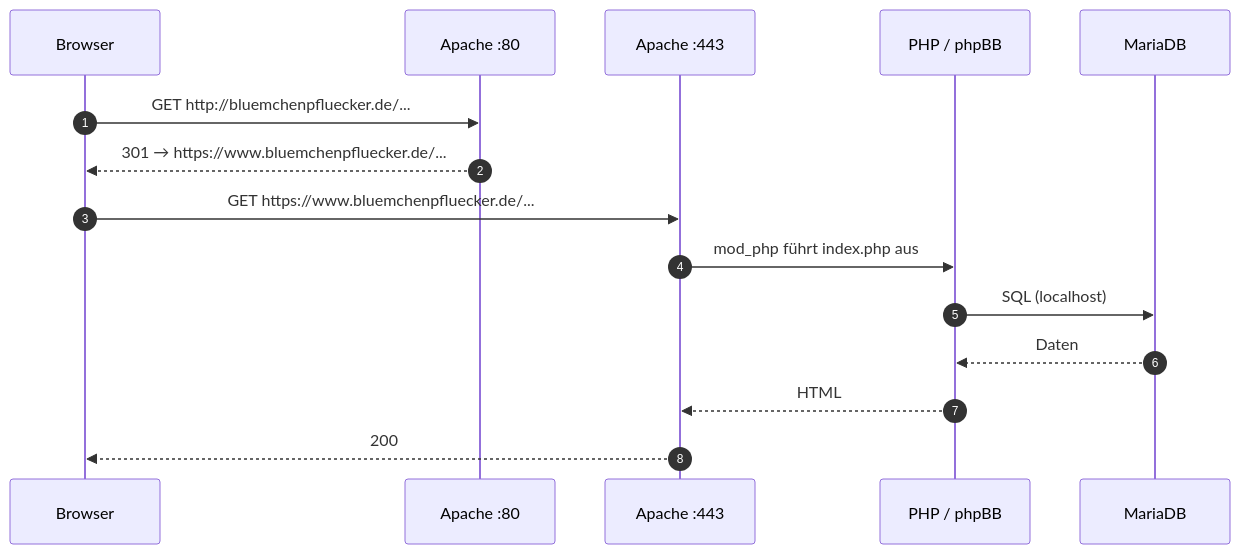
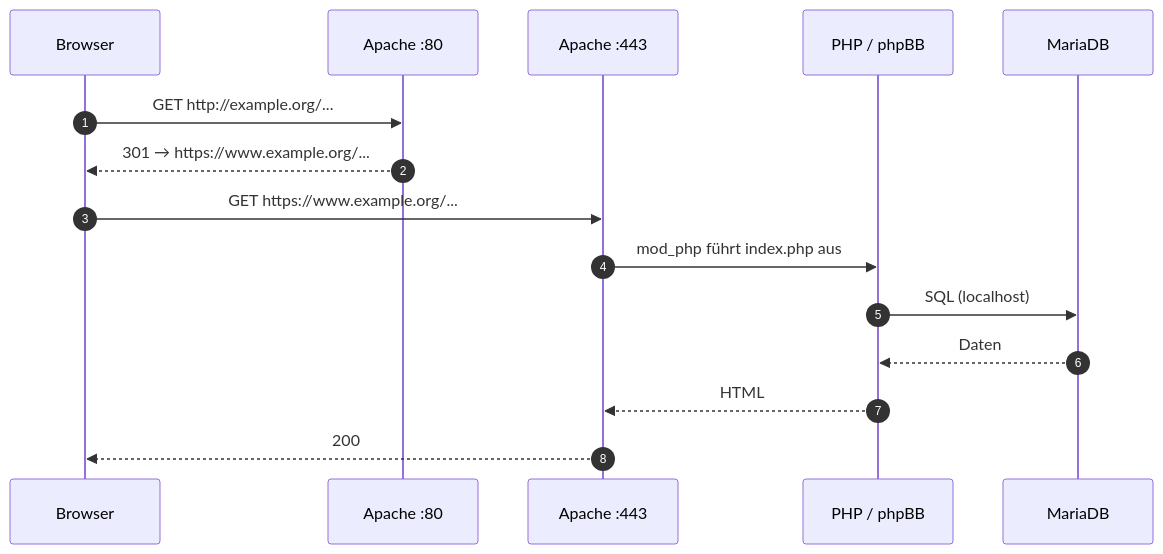
Before and after one commit to AnThi2022/bp-server-doku-public: the third of 6 diagrams in docs/01-architektur.md, drawn with Mermaid. The commit also changed other lines of this file and 6 other files, not shown here.

Commit message:
Domain durch Platzhalter example.org/example.com ersetzt

````diff
--- a/docs/01-architektur.md
+++ b/docs/01-architektur.md
@@ -60,18 +60,18 @@
 ```mermaid
 sequenceDiagram
     autonumber
     participant B as Browser
     participant A as Apache :80
     participant S as Apache :443
     participant P as PHP / phpBB
     participant D as MariaDB
 
-    B->>A: GET http://bluemchenpfluecker.de/...
-    A-->>B: 301 → https://www.bluemchenpfluecker.de/...
-    B->>S: GET https://www.bluemchenpfluecker.de/...
+    B->>A: GET http://example.org/...
+    A-->>B: 301 → https://www.example.org/...
+    B->>S: GET https://www.example.org/...
     S->>P: mod_php führt index.php aus
     P->>D: SQL (localhost)
     D-->>P: Daten
     P-->>S: HTML
     S-->>B: 200
 ```
````
